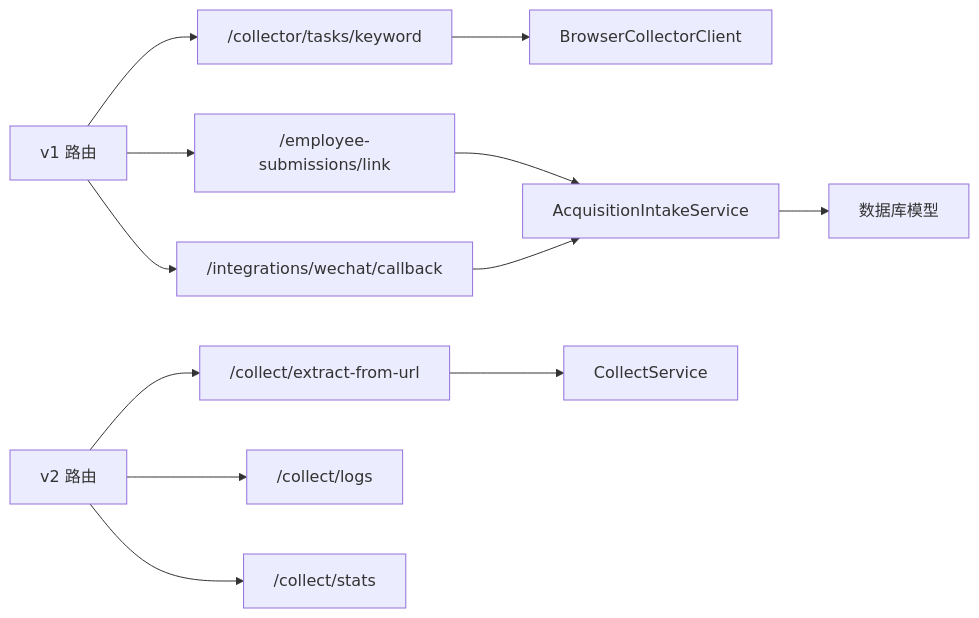
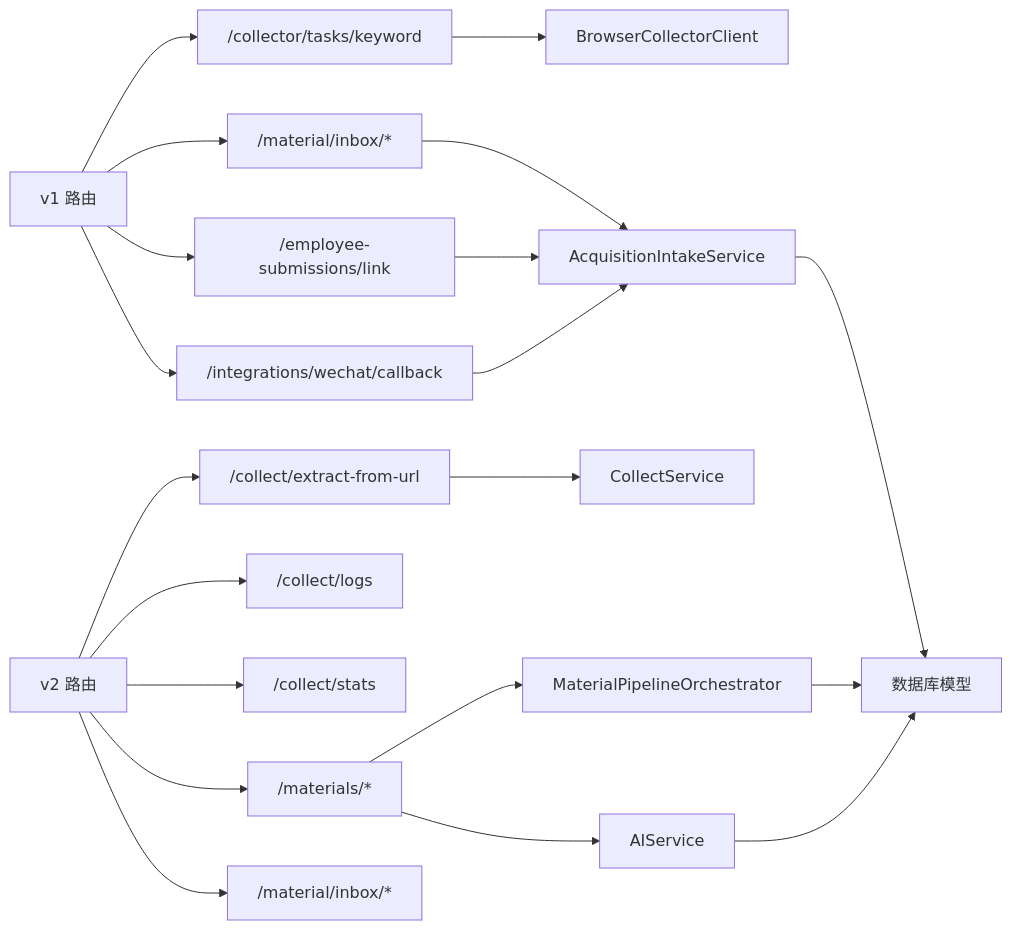
The tenth of 10 diagrams in .qoder/repowiki/zh/content/API接口文档/内容采集接口.md (dream-ze/AI_huoke-), drawn with Mermaid before and after one commit. The commit also changed other lines of this file and 52 other files, not shown here.

````diff
--- a/.qoder/repowiki/zh/content/API接口文档/内容采集接口.md
+++ b/.qoder/repowiki/zh/content/API接口文档/内容采集接口.md
@@ -380,14 +486,22 @@
 ```mermaid
 graph LR
 V1["v1 路由"] --> C1["/collector/tasks/keyword"]
+V1 --> I1["/material/inbox/*"]
 V1 --> S1["/employee-submissions/link"]
 V1 --> W1["/integrations/wechat/callback"]
 V2["v2 路由"] --> E2["/collect/extract-from-url"]
 V2 --> L2["/collect/logs"]
 V2 --> T2["/collect/stats"]
+V2 --> M2["/materials/*"]
+V2 --> I2["/material/inbox/*"]
 C1 --> BCC["BrowserCollectorClient"]
-S1 --> AIS["AcquisitionIntakeService"]
+I1 --> AIS["AcquisitionIntakeService"]
+S1 --> AIS
 W1 --> AIS
 E2 --> CS["CollectService"]
+M2 --> MO["MaterialPipelineOrchestrator"]
+M2 --> AI["AIService"]
 AIS --> DB["数据库模型"]
+MO --> DB
+AI --> DB
 ```
````
